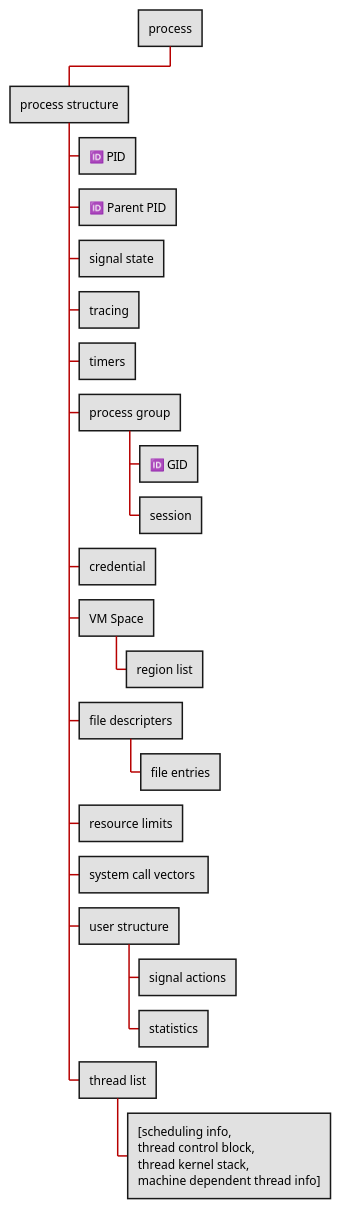
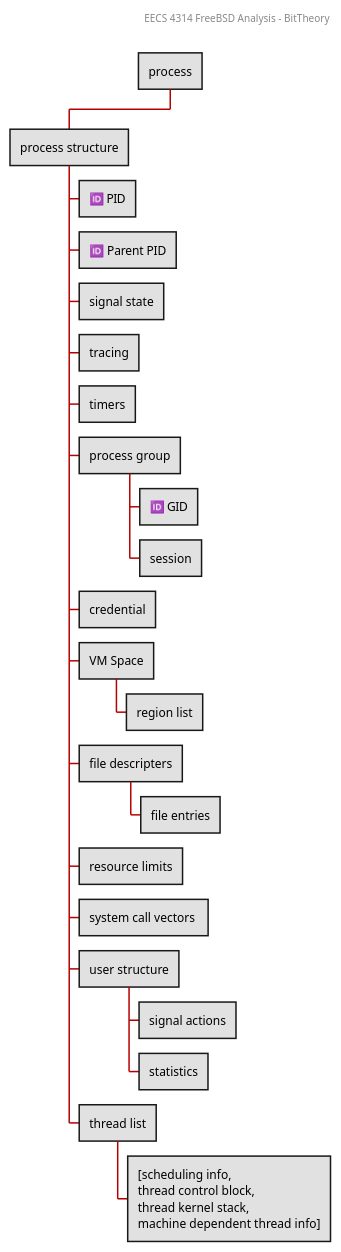
The diagram in a1/assets/system_diagrams/process-structure.pu (BitTheoryProject/eecs4314-reports), drawn with PlantUML before and after one commit. The commit also changed 2 other files, not shown here.

Commit message:
Added copyright to diagrams for A1

```diff
--- a/a1/assets/system_diagrams/process-structure.pu
+++ b/a1/assets/system_diagrams/process-structure.pu
@@ -1,34 +1,36 @@
 @startwbs
+header EECS 4314 FreeBSD Analysis - BitTheory\n\n
+
 <style>
 wbsDiagram {
   arrow {
     linecolor #B70000
   }
   node {
     backgroundcolor #e1e1e1
   }
 }
 </style>
 * process
 ** process structure
 *** 🆔 PID
 *** 🆔 Parent PID
 *** signal state
 *** tracing
 *** timers
 *** process group
 **** 🆔 GID
 **** session
 *** credential
 *** VM Space
 **** region list
 *** file descripters
 **** file entries
 *** resource limits
 *** system call vectors 
 *** user structure
 **** signal actions
 **** statistics
 *** thread list
 **** [scheduling info,\nthread control block,\nthread kernel stack,\nmachine dependent thread info]
 @endwbs
```
